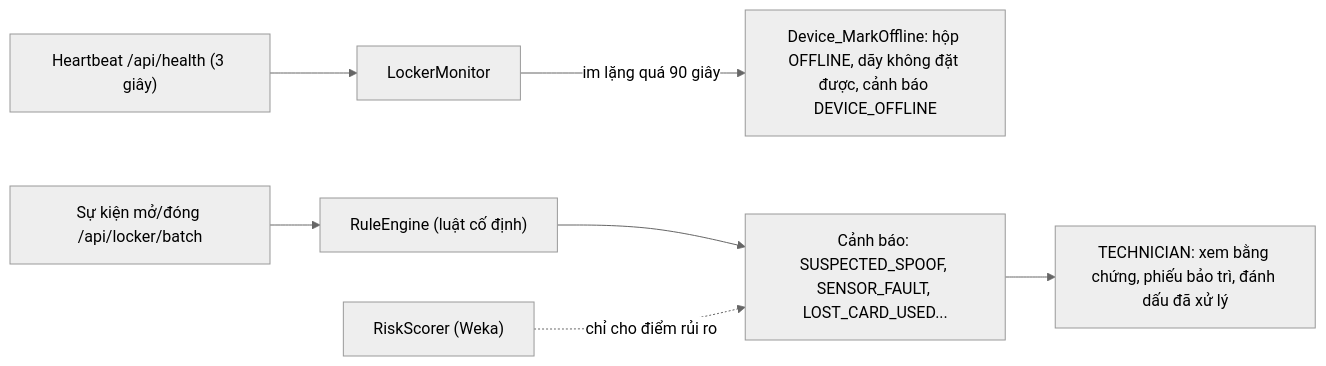
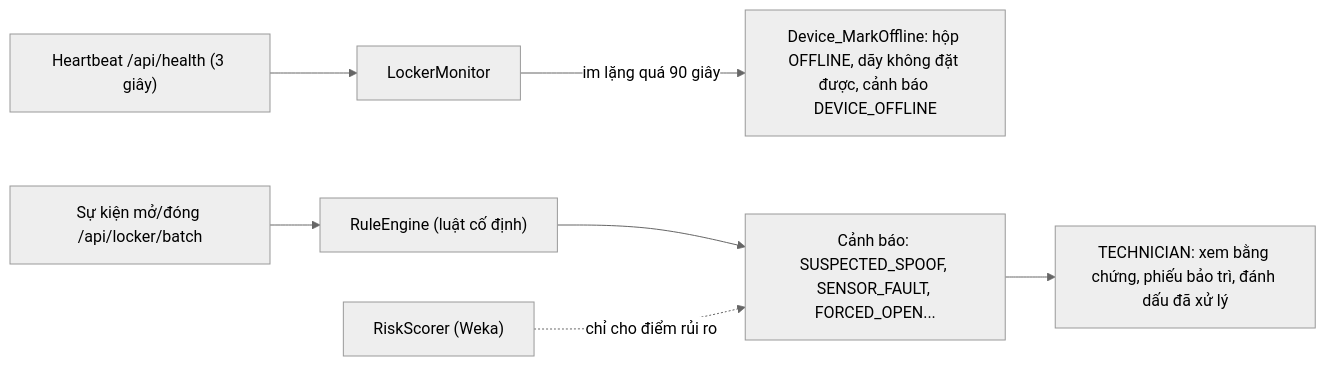
One commit to HoangDuc1003/SmartLocker changed the third of 4 diagrams in README.md. Above: the diagram before and after it, drawn with Mermaid (neutral theme). The commit also changed other lines of this file and 69 other files, not shown here.

````diff
--- a/README.md
+++ b/README.md
@@ -351,9 +361,9 @@
 ```mermaid
 flowchart LR
     HB["Heartbeat /api/health (3 giây)"] --> LM["LockerMonitor"]
     LM -->|"im lặng quá 90 giây"| OFF["Device_MarkOffline: hộp OFFLINE, dãy không đặt được, cảnh báo DEVICE_OFFLINE"]
     EV["Sự kiện mở/đóng /api/locker/batch"] --> RE["RuleEngine (luật cố định)"]
-    RE --> AL["Cảnh báo: SUSPECTED_SPOOF, SENSOR_FAULT, LOST_CARD_USED..."]
+    RE --> AL["Cảnh báo: SUSPECTED_SPOOF, SENSOR_FAULT, FORCED_OPEN..."]
     RS["RiskScorer (Weka)"] -.->|"chỉ cho điểm rủi ro"| AL
     AL --> T["TECHNICIAN: xem bằng chứng, phiếu bảo trì, đánh dấu đã xử lý"]
 ```
````
